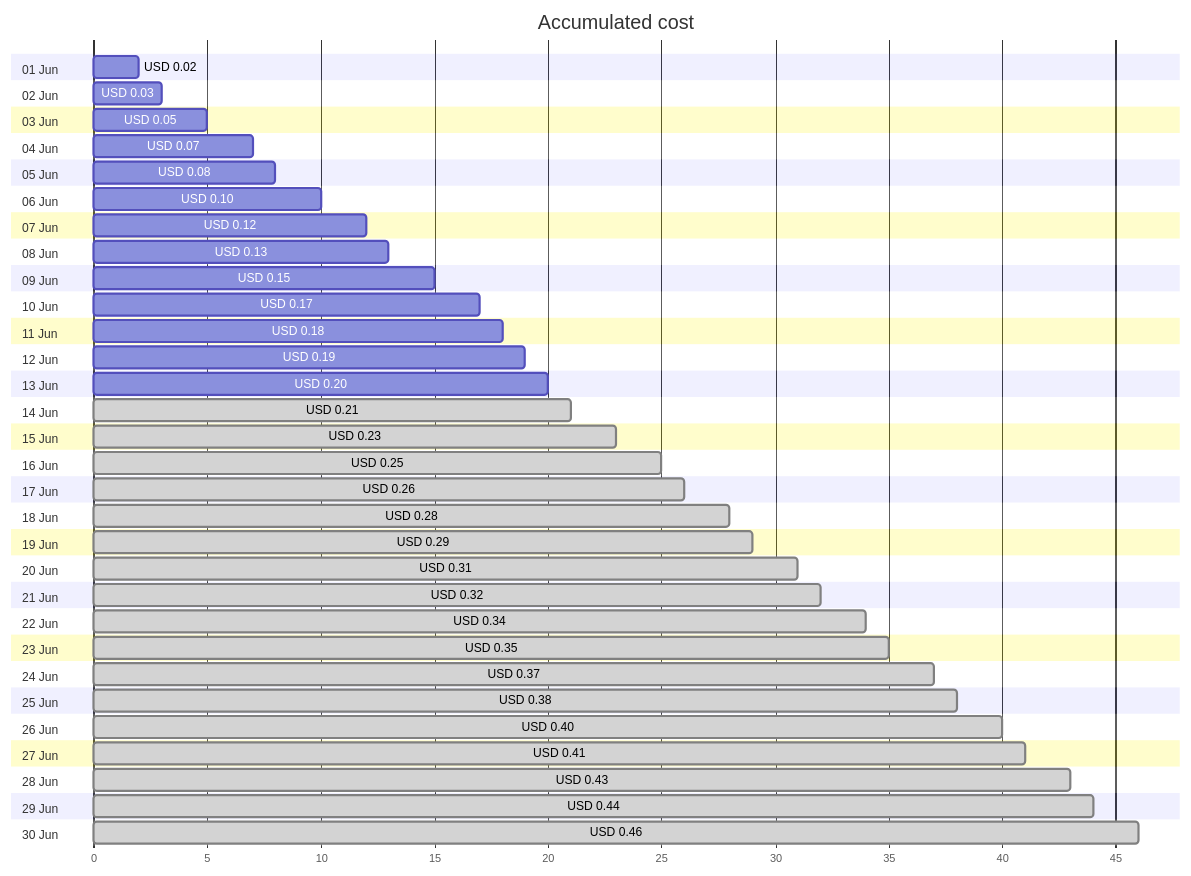
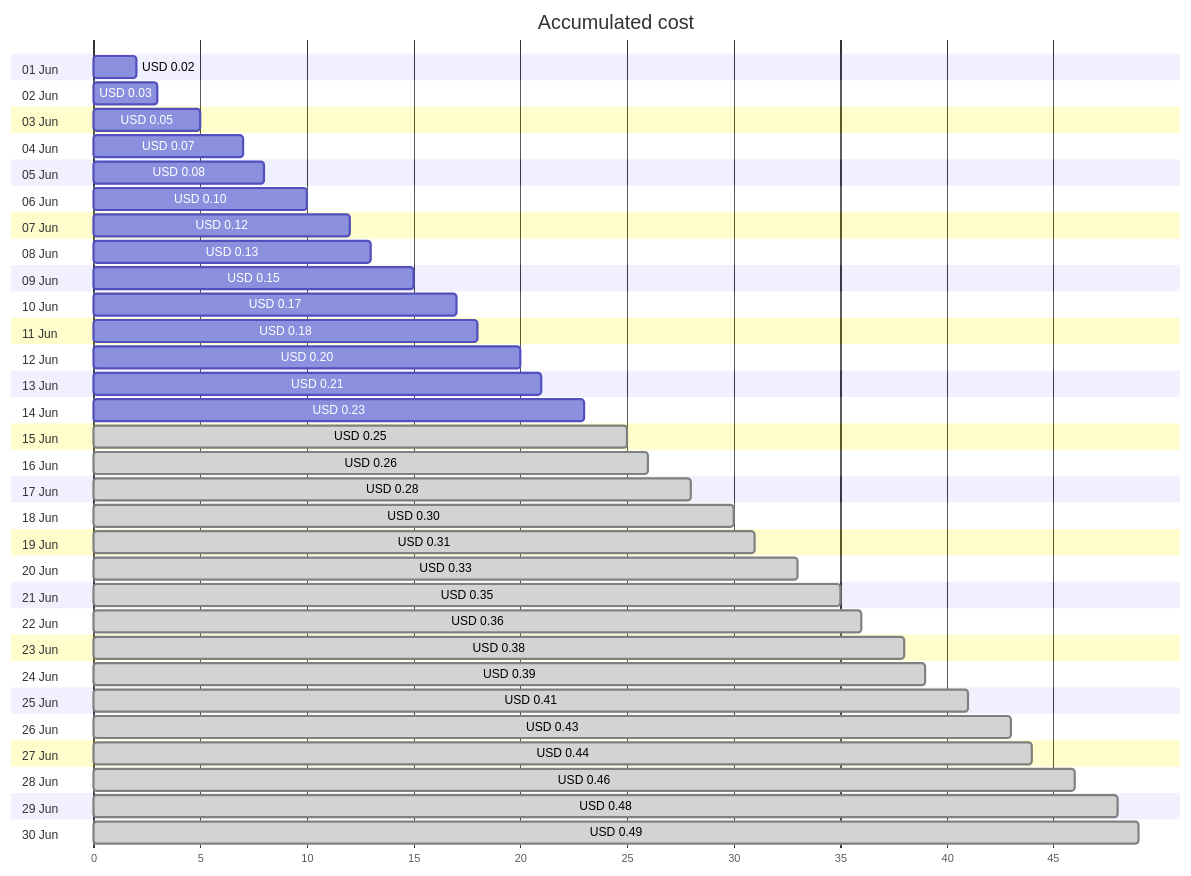
The first of 4 diagrams in cost-reports/personal-dns/jpatrickfulton.dev.md (jpfulton/azure-personal-reports), drawn with Mermaid before and after one commit. The commit also changed other lines of this file and 2 other files, not shown here.

````diff
--- a/cost-reports/personal-dns/jpatrickfulton.dev.md
+++ b/cost-reports/personal-dns/jpatrickfulton.dev.md
@@ -20,66 +20,66 @@
 ```mermaid
 gantt
    title Accumulated cost
    dateFormat  X
    axisFormat %s
    section 01 Jun
    USD 0.02 :0, 2
    section 02 Jun
    USD 0.03 :0, 3
    section 03 Jun
    USD 0.05 :0, 5
    section 04 Jun
    USD 0.07 :0, 7
    section 05 Jun
    USD 0.08 :0, 8
    section 06 Jun
    USD 0.10 :0, 10
    section 07 Jun
    USD 0.12 :0, 12
    section 08 Jun
    USD 0.13 :0, 13
    section 09 Jun
    USD 0.15 :0, 15
    section 10 Jun
    USD 0.17 :0, 17
    section 11 Jun
    USD 0.18 :0, 18
    section 12 Jun
-   USD 0.19 :0, 19
+   USD 0.20 :0, 20
    section 13 Jun
-   USD 0.20 :0, 20
+   USD 0.21 :0, 21
    section 14 Jun
-   USD 0.21 : done, 0, 21
+   USD 0.23 :0, 23
    section 15 Jun
-   USD 0.23 : done, 0, 23
+   USD 0.25 : done, 0, 25
    section 16 Jun
-   USD 0.25 : done, 0, 25
+   USD 0.26 : done, 0, 26
    section 17 Jun
-   USD 0.26 : done, 0, 26
+   USD 0.28 : done, 0, 28
    section 18 Jun
-   USD 0.28 : done, 0, 28
+   USD 0.30 : done, 0, 30
    section 19 Jun
-   USD 0.29 : done, 0, 29
+   USD 0.31 : done, 0, 31
    section 20 Jun
-   USD 0.31 : done, 0, 31
+   USD 0.33 : done, 0, 33
    section 21 Jun
-   USD 0.32 : done, 0, 32
+   USD 0.35 : done, 0, 35
    section 22 Jun
-   USD 0.34 : done, 0, 34
+   USD 0.36 : done, 0, 36
    section 23 Jun
-   USD 0.35 : done, 0, 35
+   USD 0.38 : done, 0, 38
    section 24 Jun
-   USD 0.37 : done, 0, 37
+   USD 0.39 : done, 0, 39
    section 25 Jun
-   USD 0.38 : done, 0, 38
+   USD 0.41 : done, 0, 41
    section 26 Jun
-   USD 0.40 : done, 0, 40
+   USD 0.43 : done, 0, 43
    section 27 Jun
-   USD 0.41 : done, 0, 41
+   USD 0.44 : done, 0, 44
    section 28 Jun
-   USD 0.43 : done, 0, 43
+   USD 0.46 : done, 0, 46
    section 29 Jun
-   USD 0.44 : done, 0, 44
+   USD 0.48 : done, 0, 48
    section 30 Jun
-   USD 0.46 : done, 0, 46
+   USD 0.49 : done, 0, 49
 ```
````
